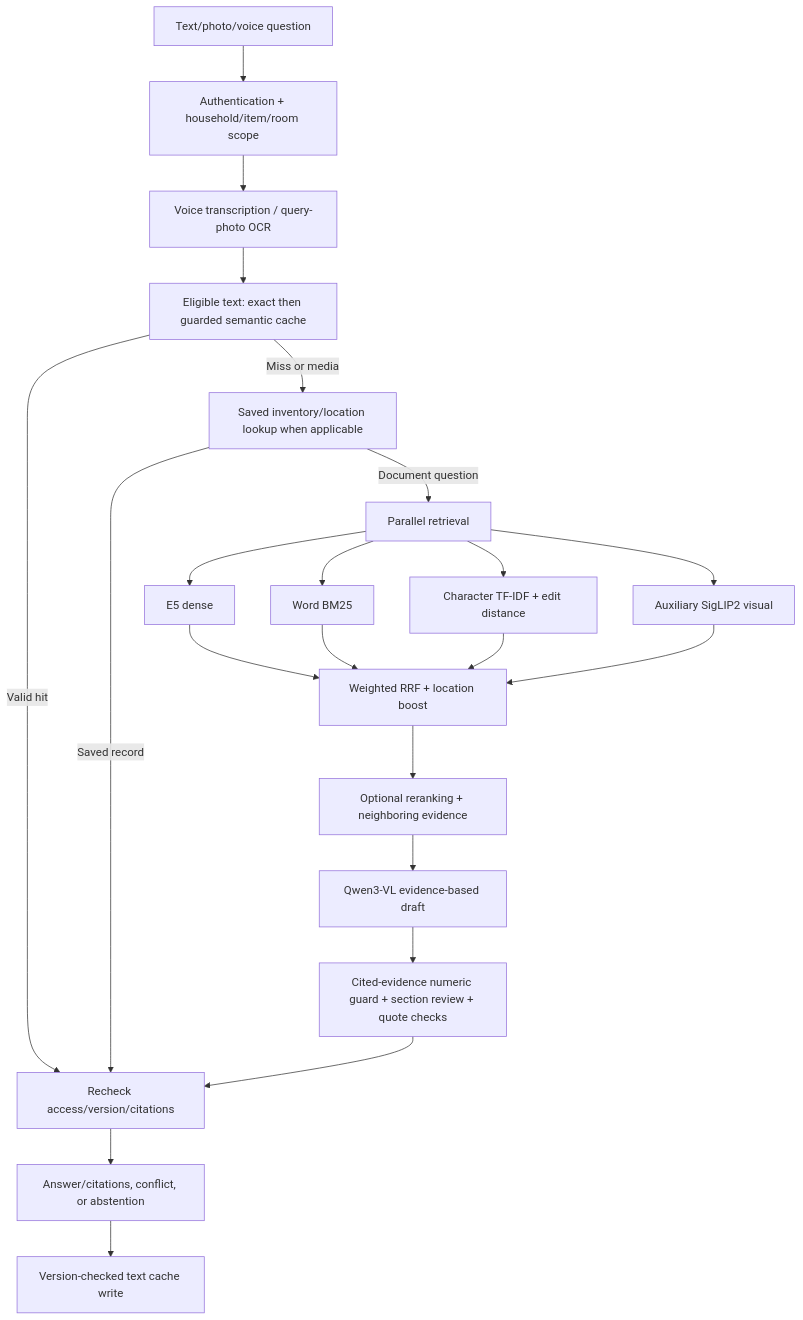
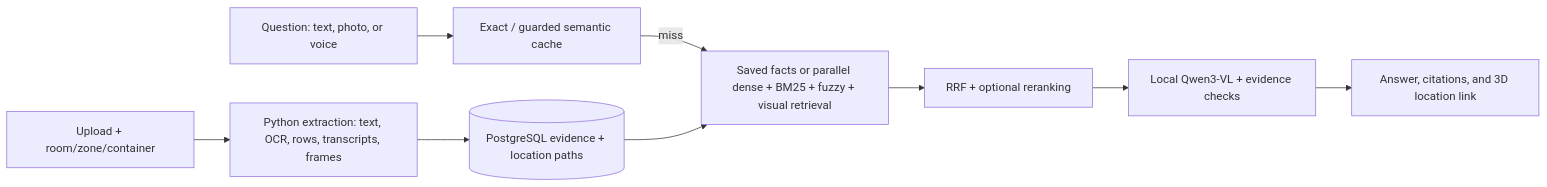
The diagram in README.md (RahulAdyaa/HomeAtlas), drawn with Mermaid before and after one commit. The commit also changed other lines of this file, not shown here.

````diff
--- a/README.md
+++ b/README.md
@@ -150,24 +37,11 @@
 ```mermaid
-flowchart TD
-    Q[Text/photo/voice question] --> Scope[Authentication + household/item/room scope]
-    Scope --> Prep[Voice transcription / query-photo OCR]
-    Prep --> Cache[Eligible text: exact then guarded semantic cache]
-    Cache -->|Valid hit| Check[Recheck access/version/citations]
-    Cache -->|Miss or media| Facts[Saved inventory/location lookup when applicable]
-    Facts -->|Saved record| Check
-    Facts -->|Document question| Parallel[Parallel retrieval]
-    Parallel --> Dense[E5 dense]
-    Parallel --> Word[Word BM25]
-    Parallel --> Fuzzy[Character TF-IDF + edit distance]
-    Parallel --> Visual[Auxiliary SigLIP2 visual]
-    Dense --> RRF[Weighted RRF + location boost]
-    Word --> RRF
-    Fuzzy --> RRF
-    Visual --> RRF
-    RRF --> Rank[Optional reranking + neighboring evidence]
-    Rank --> Generate[Qwen3-VL evidence-based draft]
-    Generate --> Review[Cited-evidence numeric guard + section review + quote checks]
-    Review --> Check
-    Check --> Answer[Answer/citations, conflict, or abstention]
-    Answer --> Store[Version-checked text cache write]
+flowchart LR
+    A["Upload + room/zone/container"] --> B["Python extraction: text, OCR, rows, transcripts, frames"]
+    B --> C[(PostgreSQL evidence + location paths)]
+    Q["Question: text, photo, or voice"] --> D["Exact / guarded semantic cache"]
+    D -->|miss| E["Saved facts or parallel dense + BM25 + fuzzy + visual retrieval"]
+    C --> E
+    E --> F["RRF + optional reranking"]
+    F --> G["Local Qwen3-VL + evidence checks"]
+    G --> H["Answer, citations, and 3D location link"]
 ```
````
